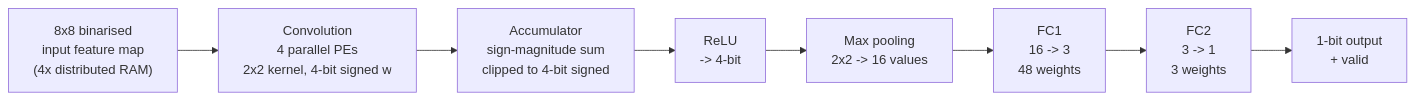
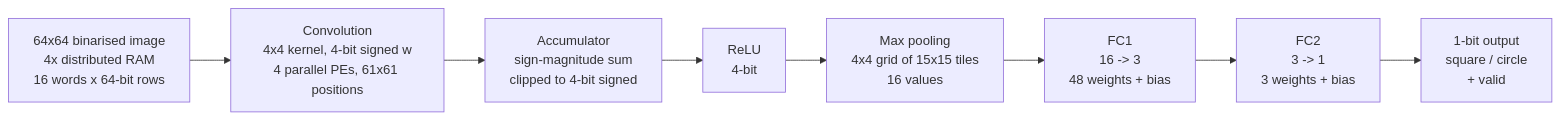
Before and after one commit to ItsZubin/cnn-fpga-accelerator: the diagram in README.md, drawn with Mermaid. The commit also changed other lines of this file and 1 other file, not shown here.

````diff
--- a/README.md
+++ b/README.md
@@ -45,11 +53,11 @@
 ```mermaid
 flowchart LR
-    A["8x8 binarised<br/>input feature map<br/>(4x distributed RAM)"] --> B
-    B["Convolution<br/>4 parallel PEs<br/>2x2 kernel, 4-bit signed w"] --> C
+    A["64x64 binarised image<br/>4x distributed RAM<br/>16 words x 64-bit rows"] --> B
+    B["Convolution<br/>4x4 kernel, 4-bit signed w<br/>4 parallel PEs, 61x61 positions"] --> C
     C["Accumulator<br/>sign-magnitude sum<br/>clipped to 4-bit signed"] --> D
-    D["ReLU<br/>-> 4-bit"] --> E
-    E["Max pooling<br/>2x2 -> 16 values"] --> F
-    F["FC1<br/>16 -> 3<br/>48 weights"] --> G
-    G["FC2<br/>3 -> 1<br/>3 weights"] --> H
-    H["1-bit output<br/>+ valid"]
+    D["ReLU<br/>4-bit"] --> E
+    E["Max pooling<br/>4x4 grid of 15x15 tiles<br/>16 values"] --> F
+    F["FC1<br/>16 -> 3<br/>48 weights + bias"] --> G
+    G["FC2<br/>3 -> 1<br/>3 weights + bias"] --> H
+    H["1-bit output<br/>square / circle<br/>+ valid"]
 ```
````
